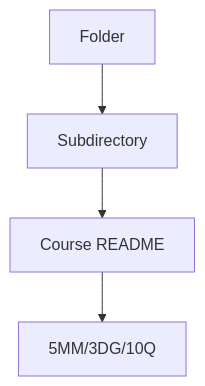
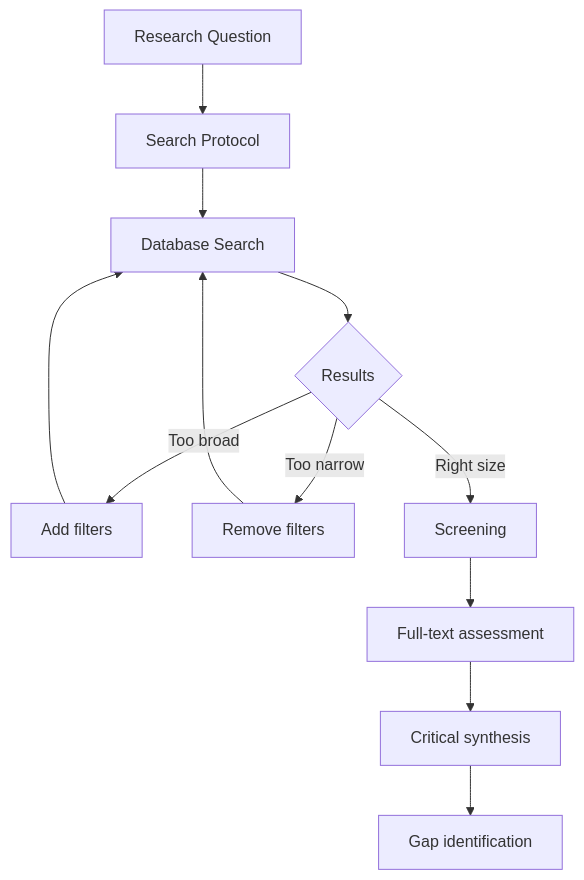
The first of 6 diagrams in 04_MPhil_PhD_Prep/literature_reviews/README.md (yip-lgtm/PhysicsSelfStudy), drawn with Mermaid before and after one commit. The commit also changed other lines of this file and 17 other files, not shown here.

````diff
--- a/04_MPhil_PhD_Prep/literature_reviews/README.md
+++ b/04_MPhil_PhD_Prep/literature_reviews/README.md
@@ -114,6 +105,14 @@
 ```mermaid
 graph TD
-    A[Folder] --> B[Subdirectory]
-    B --> C[Course README]
-    C --> D[5MM/3DG/10Q]
+    A[Research Question] --> B[Search Protocol]
+    B --> C[Database Search]
+    C --> D{Results}
+    D -->|Too broad| E[Add filters]
+    D -->|Too narrow| F[Remove filters]
+    E --> C
+    F --> C
+    D -->|Right size| G[Screening]
+    G --> H[Full-text assessment]
+    H --> I[Critical synthesis]
+    I --> J[Gap identification]
 ```
````
